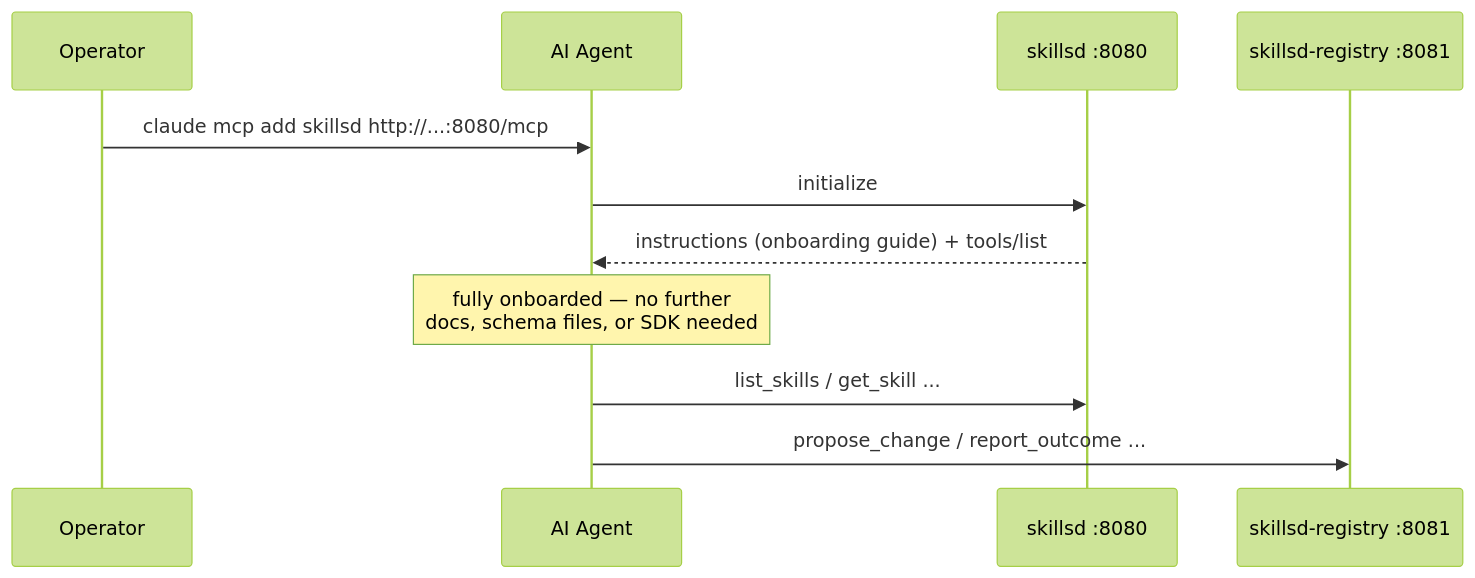
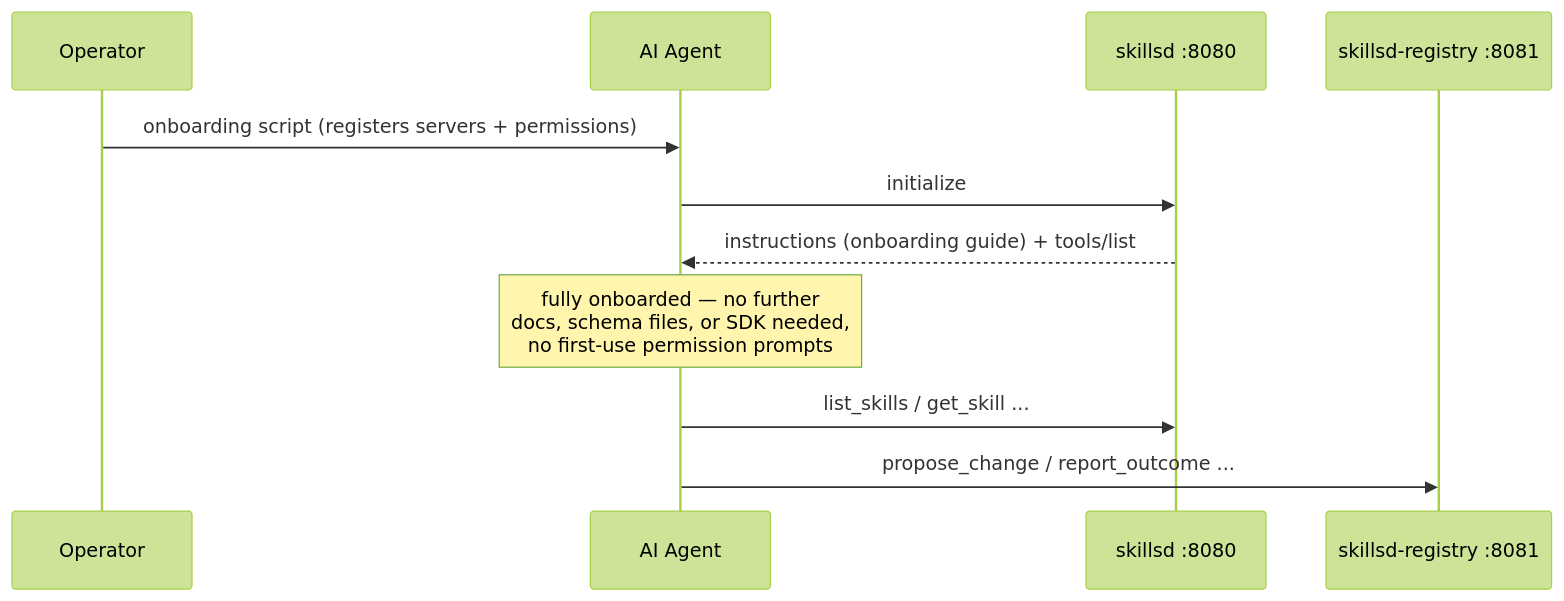
The diagram in docs/quickstart.md (araghukas/skillset), drawn with Mermaid (forest theme) before and after one commit. The commit also changed other lines of this file and 1 other file, not shown here.

````diff
--- a/docs/quickstart.md
+++ b/docs/quickstart.md
@@ -122,14 +145,14 @@
 ```mermaid
 sequenceDiagram
     participant Op as Operator
     participant Agent as AI Agent
     participant Read as skillsd :8080
     participant Write as skillsd-registry :8081
 
-    Op->>Agent: claude mcp add skillsd http://...:8080/mcp
+    Op->>Agent: onboarding script (registers servers + permissions)
     Agent->>Read: initialize
     Read-->>Agent: instructions (onboarding guide) + tools/list
-    Note over Agent: fully onboarded — no further<br/>docs, schema files, or SDK needed
+    Note over Agent: fully onboarded — no further<br/>docs, schema files, or SDK needed,<br/>no first-use permission prompts
     Agent->>Read: list_skills / get_skill ...
     Agent->>Write: propose_change / report_outcome ...
 ```
````
